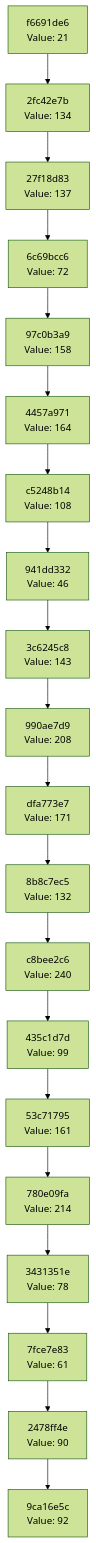
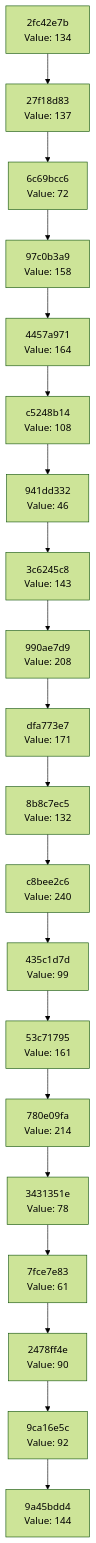
One commit to Abhisheksinha1506/hash-chain-evolver changed the diagram in docs/CHAIN_VISUALIZATION.md. Above: the diagram before and after it, drawn with Mermaid (forest theme). The commit also changed 2 other files, not shown here.

Commit message:
Evolution step: hash 0x90 → action executed

````diff
--- a/docs/CHAIN_VISUALIZATION.md
+++ b/docs/CHAIN_VISUALIZATION.md
@@ -3,42 +3,42 @@
 ```mermaid
 graph TD
-    C0["9ca16e5c<br/>Value: 92"]
-    C1["2478ff4e<br/>Value: 90"]
+    C0["9a45bdd4<br/>Value: 144"]
+    C1["9ca16e5c<br/>Value: 92"]
     C1 --> C0
-    C2["7fce7e83<br/>Value: 61"]
+    C2["2478ff4e<br/>Value: 90"]
     C2 --> C1
-    C3["3431351e<br/>Value: 78"]
+    C3["7fce7e83<br/>Value: 61"]
     C3 --> C2
-    C4["780e09fa<br/>Value: 214"]
+    C4["3431351e<br/>Value: 78"]
     C4 --> C3
-    C5["53c71795<br/>Value: 161"]
+    C5["780e09fa<br/>Value: 214"]
     C5 --> C4
-    C6["435c1d7d<br/>Value: 99"]
+    C6["53c71795<br/>Value: 161"]
     C6 --> C5
-    C7["c8bee2c6<br/>Value: 240"]
+    C7["435c1d7d<br/>Value: 99"]
     C7 --> C6
-    C8["8b8c7ec5<br/>Value: 132"]
+    C8["c8bee2c6<br/>Value: 240"]
     C8 --> C7
-    C9["dfa773e7<br/>Value: 171"]
+    C9["8b8c7ec5<br/>Value: 132"]
     C9 --> C8
-    C10["990ae7d9<br/>Value: 208"]
+    C10["dfa773e7<br/>Value: 171"]
     C10 --> C9
-    C11["3c6245c8<br/>Value: 143"]
+    C11["990ae7d9<br/>Value: 208"]
     C11 --> C10
-    C12["941dd332<br/>Value: 46"]
+    C12["3c6245c8<br/>Value: 143"]
     C12 --> C11
-    C13["c5248b14<br/>Value: 108"]
+    C13["941dd332<br/>Value: 46"]
     C13 --> C12
-    C14["4457a971<br/>Value: 164"]
+    C14["c5248b14<br/>Value: 108"]
     C14 --> C13
-    C15["97c0b3a9<br/>Value: 158"]
+    C15["4457a971<br/>Value: 164"]
     C15 --> C14
-    C16["6c69bcc6<br/>Value: 72"]
+    C16["97c0b3a9<br/>Value: 158"]
     C16 --> C15
-    C17["27f18d83<br/>Value: 137"]
+    C17["6c69bcc6<br/>Value: 72"]
     C17 --> C16
-    C18["2fc42e7b<br/>Value: 134"]
+    C18["27f18d83<br/>Value: 137"]
     C18 --> C17
-    C19["f6691de6<br/>Value: 21"]
+    C19["2fc42e7b<br/>Value: 134"]
     C19 --> C18
 ```
````
